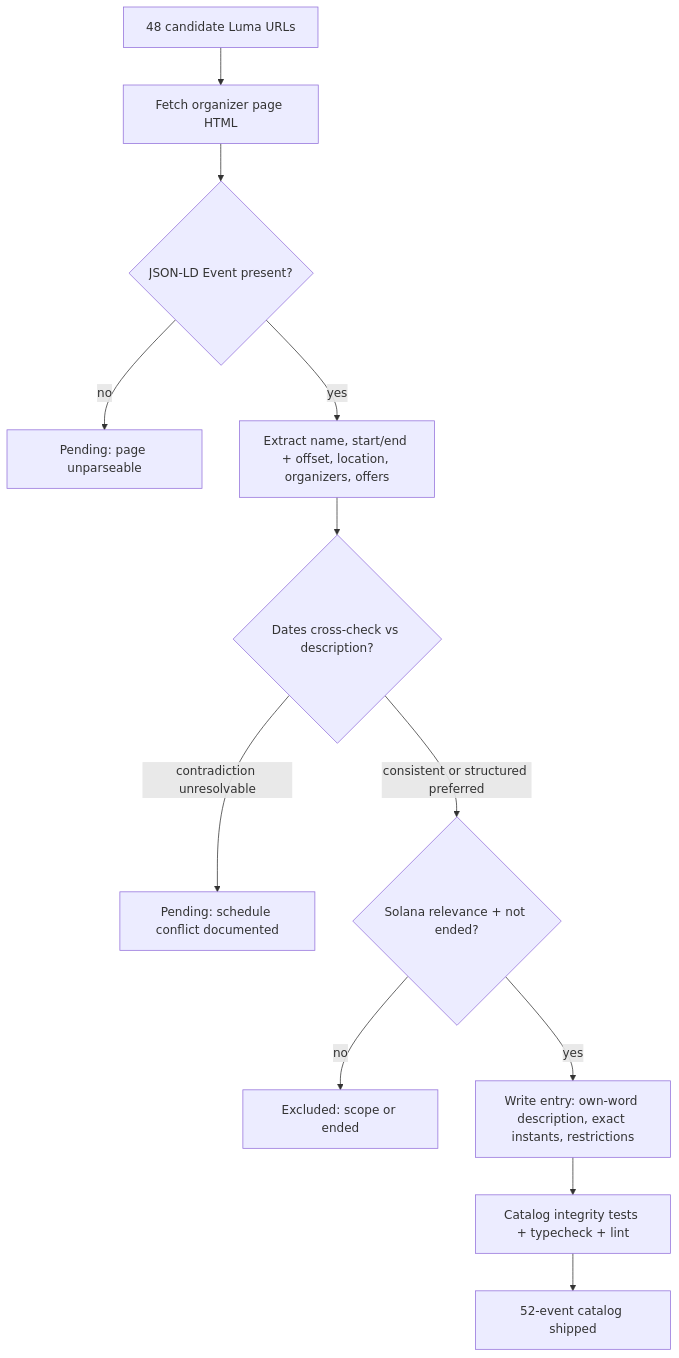
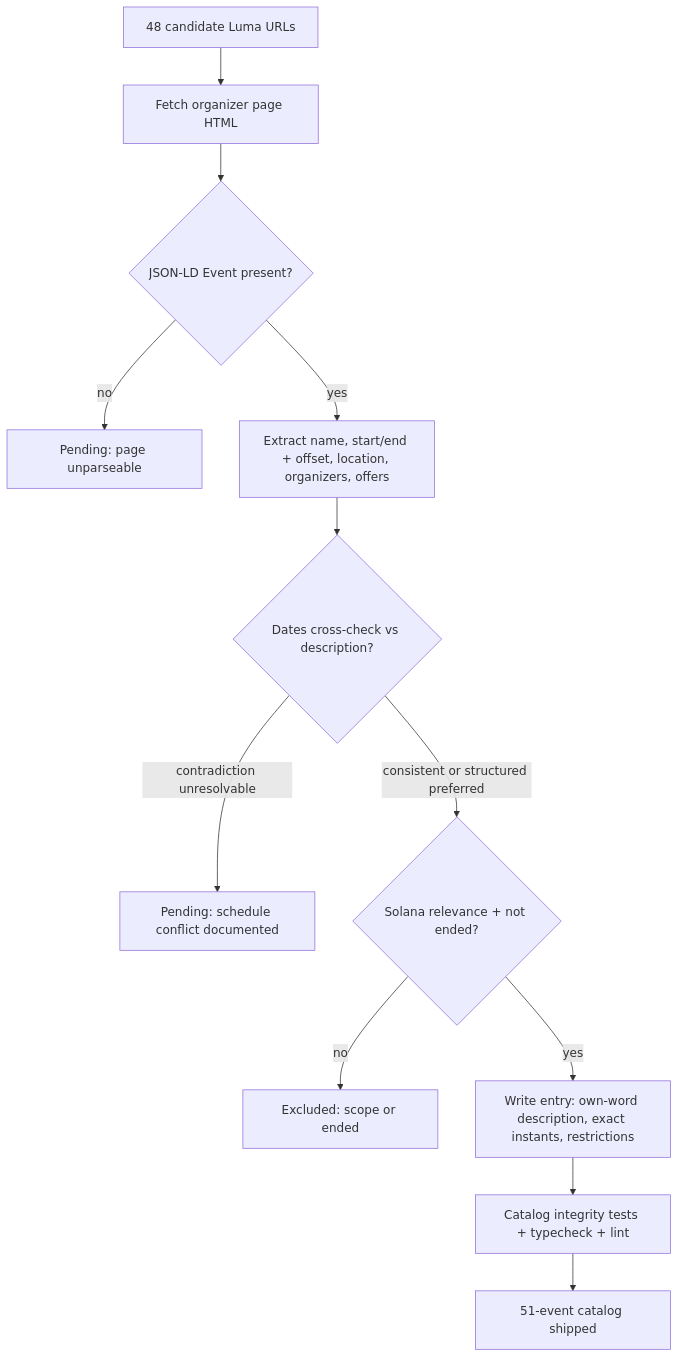
One commit to SanseDev/solana-events changed the diagram in docs/specs/20261012-catalog-expansion.md. Above: the diagram before and after it, drawn with Mermaid. The commit also changed other lines of this file and 4 other files, not shown here.

````diff
--- a/docs/specs/20261012-catalog-expansion.md
+++ b/docs/specs/20261012-catalog-expansion.md
@@ -41,14 +41,14 @@
 ```mermaid
 flowchart TD
     A[48 candidate Luma URLs] --> B[Fetch organizer page HTML]
     B --> C{JSON-LD Event present?}
     C -- no --> X1[Pending: page unparseable]
     C -- yes --> D[Extract name, start/end + offset, location, organizers, offers]
     D --> E{Dates cross-check vs description?}
     E -- contradiction unresolvable --> X2[Pending: schedule conflict documented]
     E -- consistent or structured preferred --> F{Solana relevance + not ended?}
     F -- no --> X3[Excluded: scope or ended]
     F -- yes --> G[Write entry: own-word description, exact instants, restrictions]
     G --> H[Catalog integrity tests + typecheck + lint]
-    H --> I[52-event catalog shipped]
+    H --> I[51-event catalog shipped]
 ```
````
